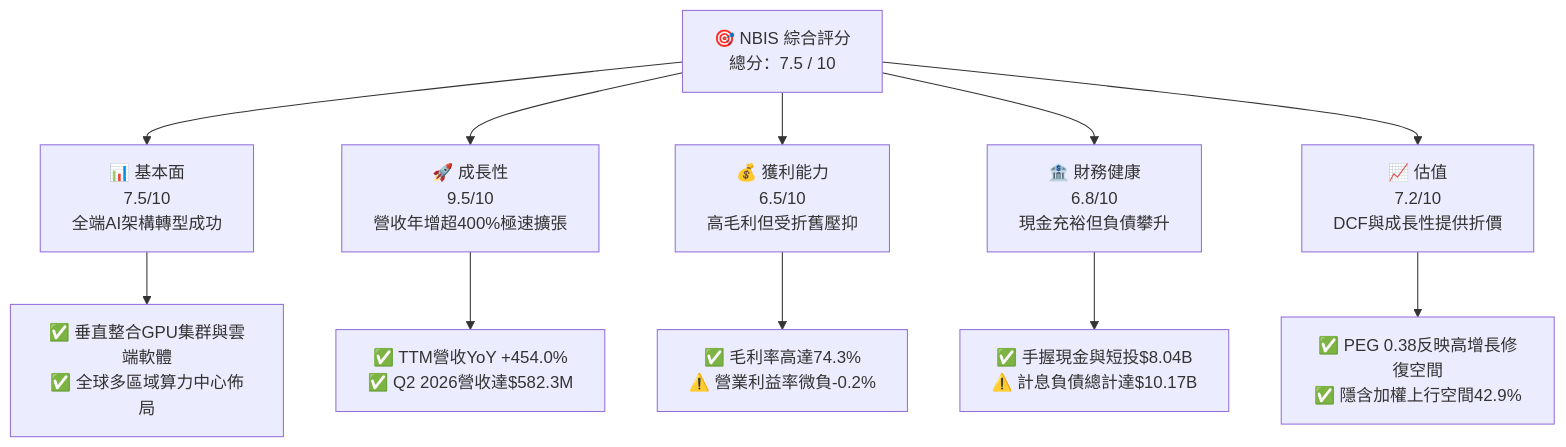
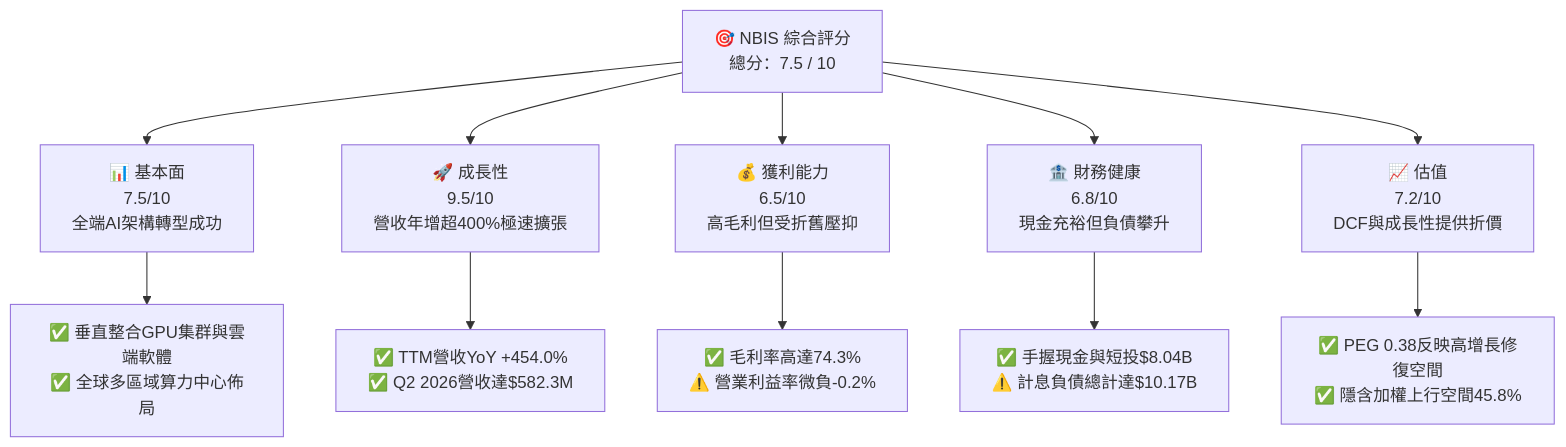
The first of 15 diagrams in ai_gen_report/fundamental/nbis/fundamental_analysis_2026-10-18_gemini.md (yennanliu/finance_data), drawn with Mermaid before and after one commit. The commit also changed other lines of this file and 339 other files, not shown here.

````diff
--- a/ai_gen_report/fundamental/nbis/fundamental_analysis_2026-10-18_gemini.md
+++ b/ai_gen_report/fundamental/nbis/fundamental_analysis_2026-10-18_gemini.md
@@ -62,22 +69,22 @@
 ```mermaid
 graph TD
     TICKER["🎯 NBIS 綜合評分<br/>總分：7.5 / 10"]
 
     F["📊 基本面<br/>7.5/10<br/>全端AI架構轉型成功"]
     G["🚀 成長性<br/>9.5/10<br/>營收年增超400%極速擴張"]
     P["💰 獲利能力<br/>6.5/10<br/>高毛利但受折舊壓抑"]
     B["🏦 財務健康<br/>6.8/10<br/>現金充裕但負債攀升"]
     V["📈 估值<br/>7.2/10<br/>DCF與成長性提供折價"]
 
     TICKER --> F
     TICKER --> G
     TICKER --> P
     TICKER --> B
     TICKER --> V
 
     F --> F1["✅ 垂直整合GPU集群與雲端軟體<br/>✅ 全球多區域算力中心佈局"]
     G --> G1["✅ TTM營收YoY +454.0%<br/>✅ Q2 2026營收達$582.3M"]
     P --> P1["✅ 毛利率高達74.3%<br/>⚠️ 營業利益率微負-0.2%"]
     B --> B1["✅ 手握現金與短投$8.04B<br/>⚠️ 計息負債總計達$10.17B"]
-    V --> V1["✅ PEG 0.38反映高增長修復空間<br/>✅ 隱含加權上行空間42.9%"]
+    V --> V1["✅ PEG 0.38反映高增長修復空間<br/>✅ 隱含加權上行空間45.8%"]
 ```
````
